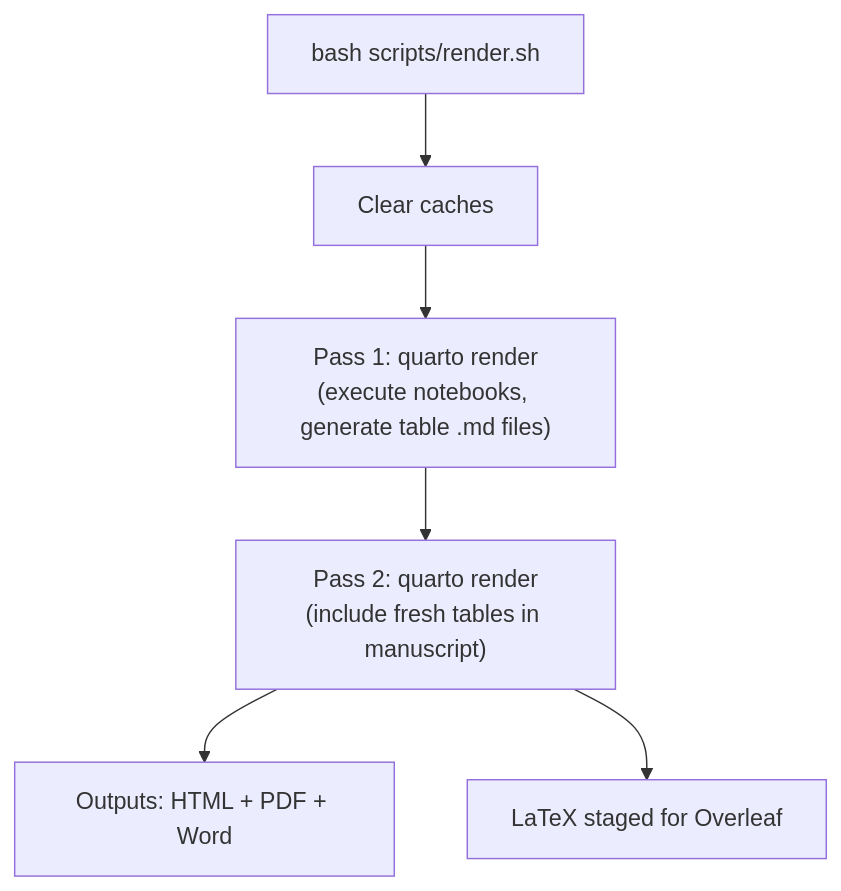
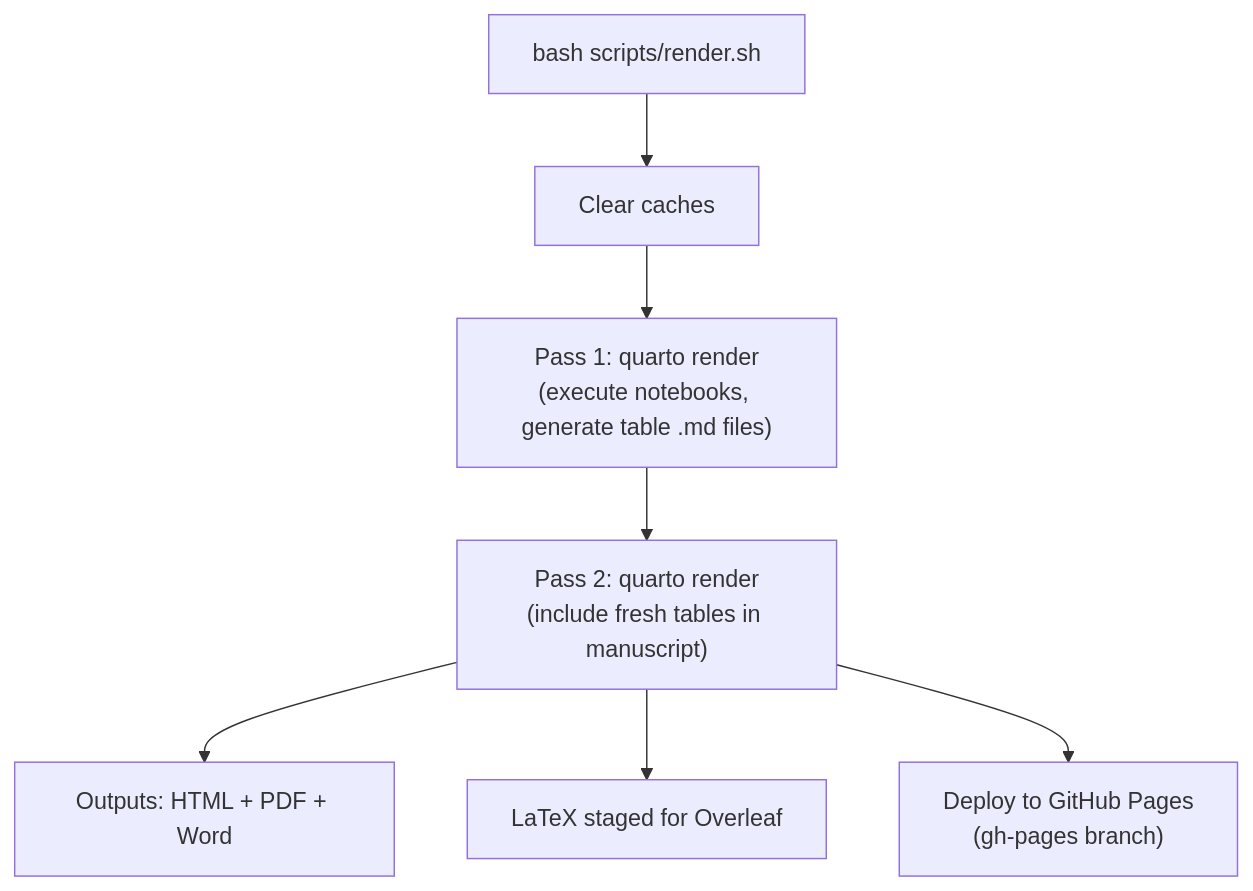
The second of 3 diagrams in README.md (quarcs-lab/project20XXy), drawn with Mermaid before and after one commit. The commit also changed other lines of this file and 2 other files, not shown here.

First line of the commit message:
Add automatic GitHub Pages deployment to render.sh

````diff
--- a/README.md
+++ b/README.md
@@ -184,8 +184,9 @@
 ```mermaid
 flowchart TD
     A["bash scripts/render.sh"] --> B["Clear caches"]
     B --> C["Pass 1: quarto render<br/>(execute notebooks, generate table .md files)"]
     C --> D["Pass 2: quarto render<br/>(include fresh tables in manuscript)"]
     D --> E["Outputs: HTML + PDF + Word"]
     D --> F["LaTeX staged for Overleaf"]
+    D --> G["Deploy to GitHub Pages<br/>(gh-pages branch)"]
 ```
````
